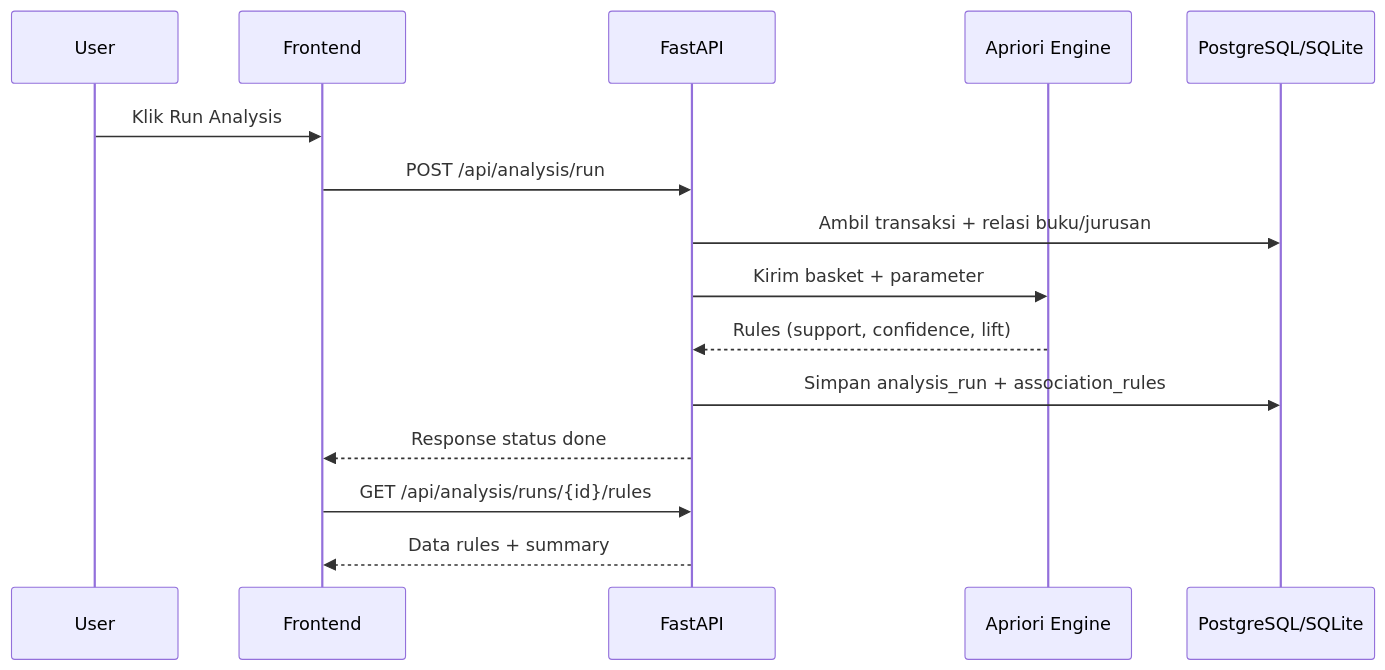
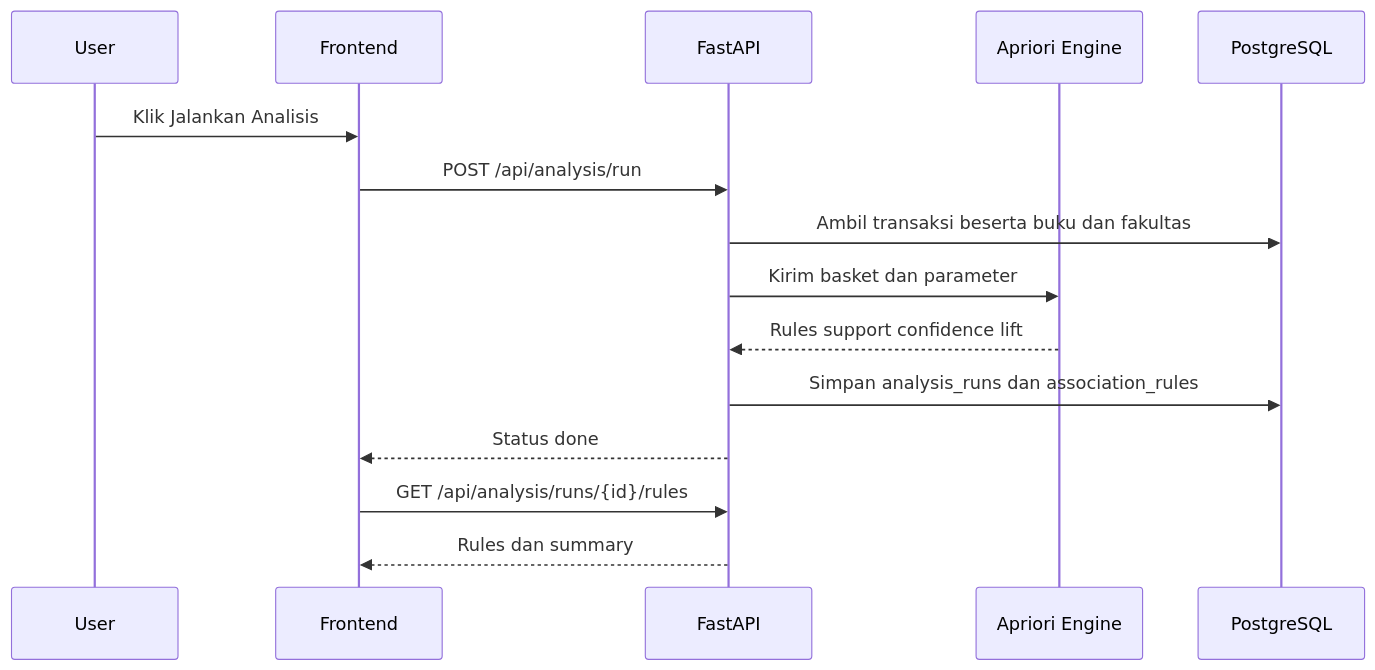
Before and after one commit to aldamadz/algoritma-apriori: the seventh of 9 diagrams in frontend/public/docs/diagram_skripsi.md, drawn with Mermaid. The commit also changed other lines of this file and 55 other files, not shown here.

````diff
--- a/frontend/public/docs/diagram_skripsi.md
+++ b/frontend/public/docs/diagram_skripsi.md
@@ -161,18 +161,18 @@
 ```mermaid
 sequenceDiagram
   participant U as User
   participant FE as Frontend
   participant API as FastAPI
   participant ENG as Apriori Engine
-  participant DB as PostgreSQL/SQLite
+  participant DB as PostgreSQL
 
-  U->>FE: Klik Run Analysis
+  U->>FE: Klik Jalankan Analisis
   FE->>API: POST /api/analysis/run
-  API->>DB: Ambil transaksi + relasi buku/jurusan
-  API->>ENG: Kirim basket + parameter
-  ENG-->>API: Rules (support, confidence, lift)
-  API->>DB: Simpan analysis_run + association_rules
-  API-->>FE: Response status done
+  API->>DB: Ambil transaksi beserta buku dan fakultas
+  API->>ENG: Kirim basket dan parameter
+  ENG-->>API: Rules support confidence lift
+  API->>DB: Simpan analysis_runs dan association_rules
+  API-->>FE: Status done
   FE->>API: GET /api/analysis/runs/{id}/rules
-  API-->>FE: Data rules + summary
+  API-->>FE: Rules dan summary
 ```
````
